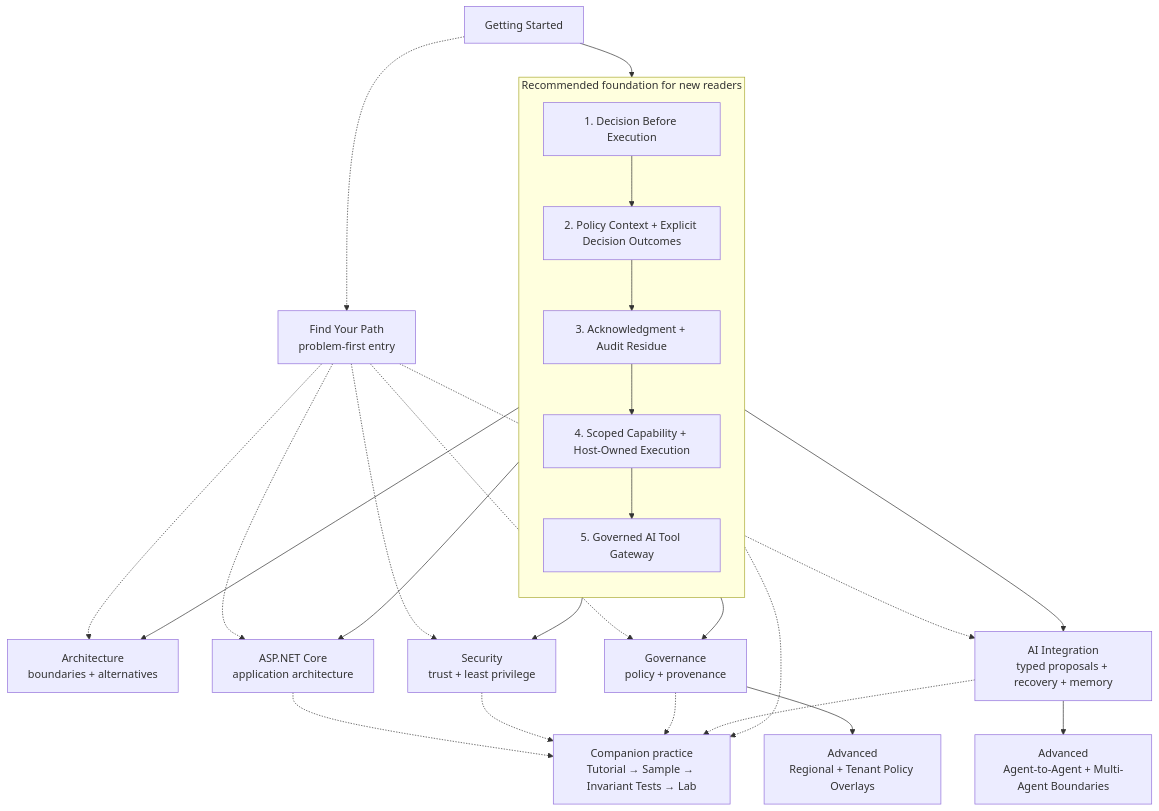
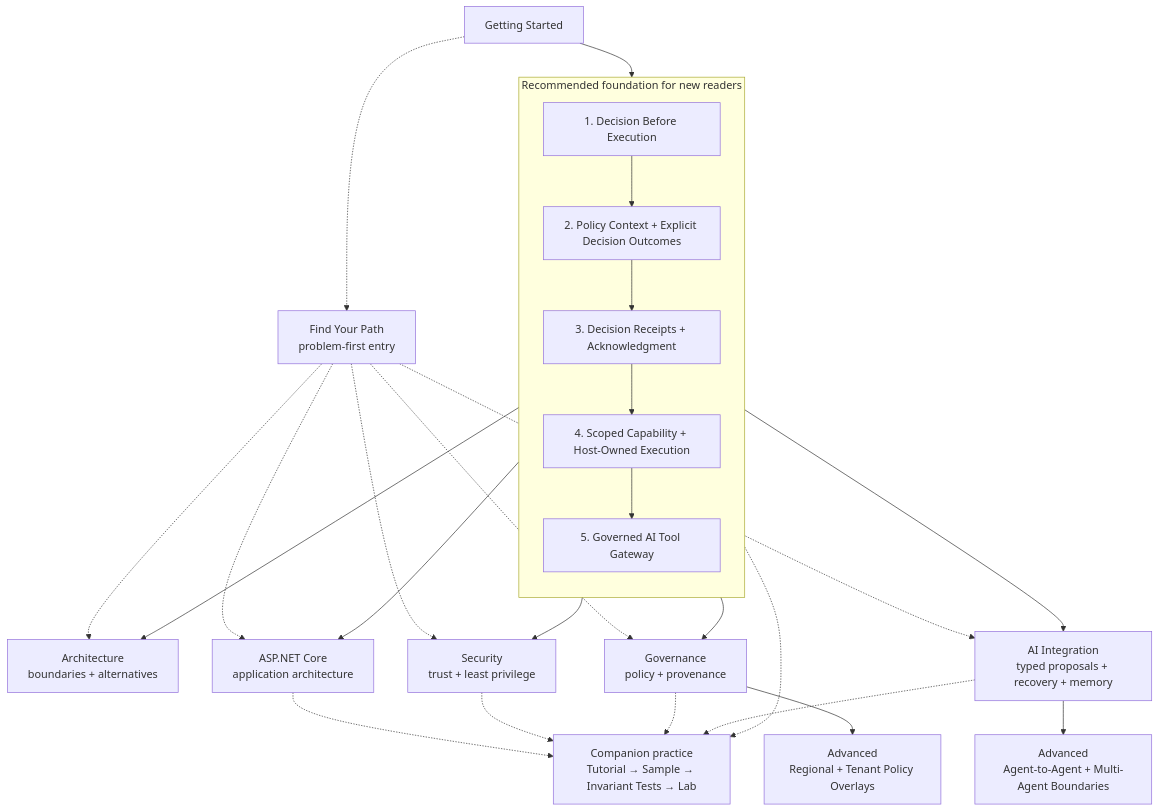
The diagram in docs/getting-started/learning-path-map.md (AsiBackbone/Learning), drawn with Mermaid before and after one commit. The commit also changed other lines of this file and 145 other files, not shown here.

````diff
--- a/docs/getting-started/learning-path-map.md
+++ b/docs/getting-started/learning-path-map.md
@@ -27,50 +27,50 @@
 ```mermaid
 flowchart TD
     GS["Getting Started"] --> D["1. Decision Before Execution"]
 
     subgraph FOUNDATION["Recommended foundation for new readers"]
         direction TB
         D --> P["2. Policy Context + Explicit Decision Outcomes"]
-        P --> A["3. Acknowledgment + Audit Residue"]
+        P --> A["3. Decision Receipts + Acknowledgment"]
         A --> C["4. Scoped Capability + Host-Owned Execution"]
         C --> G["5. Governed AI Tool Gateway"]
     end
 
     G --> ARCH["Architecture<br/>boundaries + alternatives"]
     G --> ASP["ASP.NET Core<br/>application architecture"]
     G --> SEC["Security<br/>trust + least privilege"]
     G --> GOV["Governance<br/>policy + provenance"]
     G --> AI["AI Integration<br/>typed proposals + recovery + memory"]
 
     GOV --> RPO["Advanced<br/>Regional + Tenant Policy Overlays"]
     AI --> MA["Advanced<br/>Agent-to-Agent + Multi-Agent Boundaries"]
 
     GS -.-> FP["Find Your Path<br/>problem-first entry"]
     FP -.-> ARCH
     FP -.-> ASP
     FP -.-> SEC
     FP -.-> GOV
     FP -.-> AI
 
     G -.-> PRACTICE["Companion practice<br/>Tutorial → Sample → Invariant Tests → Lab"]
     ASP -.-> PRACTICE
     SEC -.-> PRACTICE
     GOV -.-> PRACTICE
     AI -.-> PRACTICE
 
     click GS "https://asibackbone.github.io/Learning/getting-started/" "Open Getting Started"
     click FP "https://asibackbone.github.io/Learning/getting-started/find-your-path.html" "Open Find Your Path"
     click D "https://asibackbone.github.io/Learning/tutorials/decision-before-execution.html" "Open Decision Before Execution"
     click P "https://asibackbone.github.io/Learning/tutorials/policy-context-and-explicit-decision-outcomes.html" "Open Policy Context and Explicit Decision Outcomes"
-    click A "https://asibackbone.github.io/Learning/tutorials/acknowledgment-and-audit-residue.html" "Open Acknowledgment and Audit Residue"
+    click A "https://asibackbone.github.io/Learning/tutorials/decision-receipts-and-acknowledgment.html" "Open Decision Receipts and Acknowledgment"
     click C "https://asibackbone.github.io/Learning/tutorials/scoped-capability-and-host-owned-execution.html" "Open Scoped Capability and Host-Owned Execution"
     click G "https://asibackbone.github.io/Learning/tutorials/governed-ai-tool-gateway.html" "Open Governed AI Tool Gateway"
     click ARCH "https://asibackbone.github.io/Learning/architecture/" "Open Architecture"
     click ASP "https://asibackbone.github.io/Learning/aspnetcore/" "Open ASP.NET Core"
     click SEC "https://asibackbone.github.io/Learning/security/" "Open Security"
     click GOV "https://asibackbone.github.io/Learning/governance/" "Open Governance"
     click AI "https://asibackbone.github.io/Learning/ai-integration/" "Open AI Integration"
     click RPO "https://asibackbone.github.io/Learning/advanced/regional-and-tenant-policy-overlays.html" "Open Regional and Tenant Policy Overlays"
     click MA "https://asibackbone.github.io/Learning/advanced/governed-agent-to-agent-requests-and-multi-agent-execution-boundaries.html" "Open Governed Agent-to-Agent Requests and Multi-Agent Execution Boundaries"
     click PRACTICE "https://asibackbone.github.io/Learning/labs/" "Browse Hands-On Labs"
 ```
````
